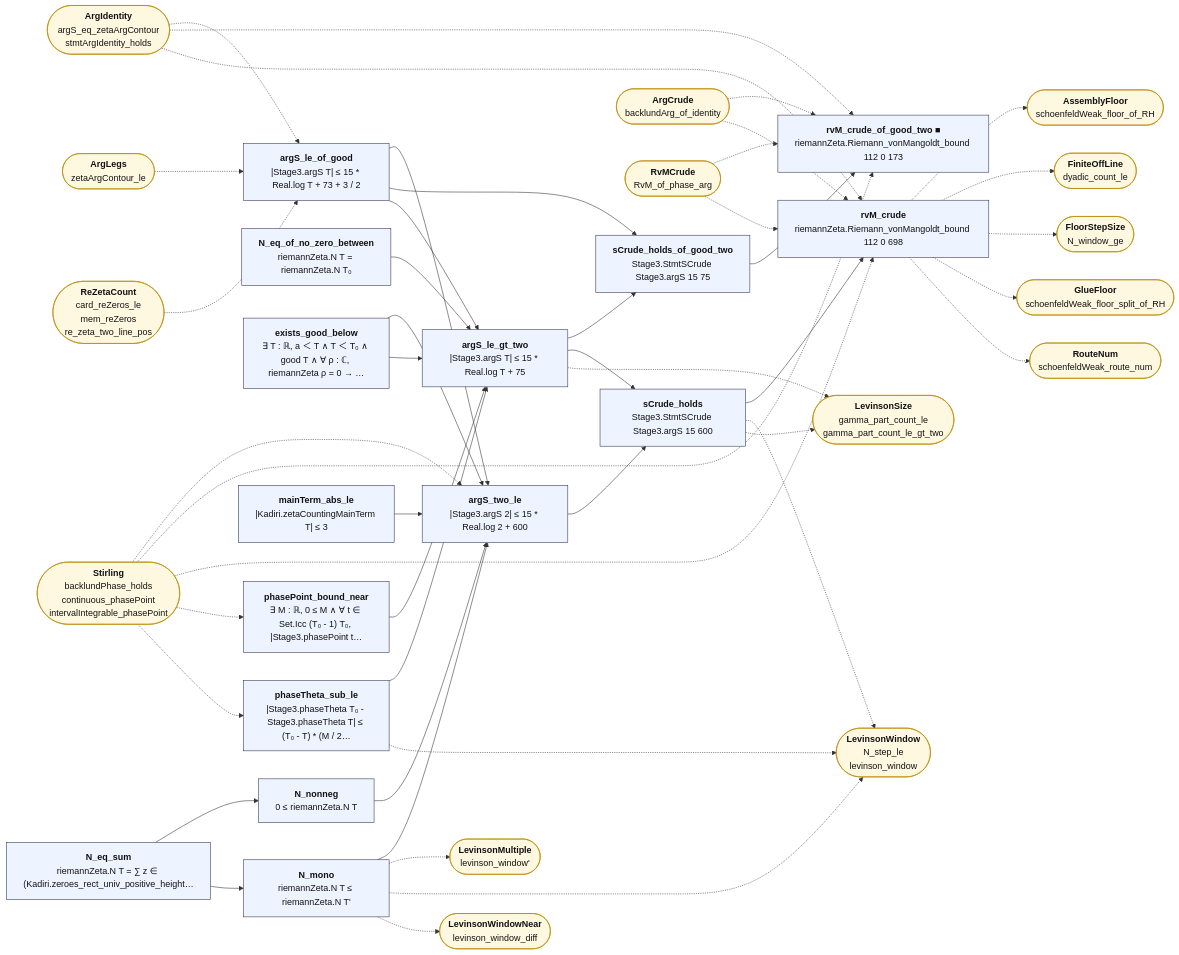
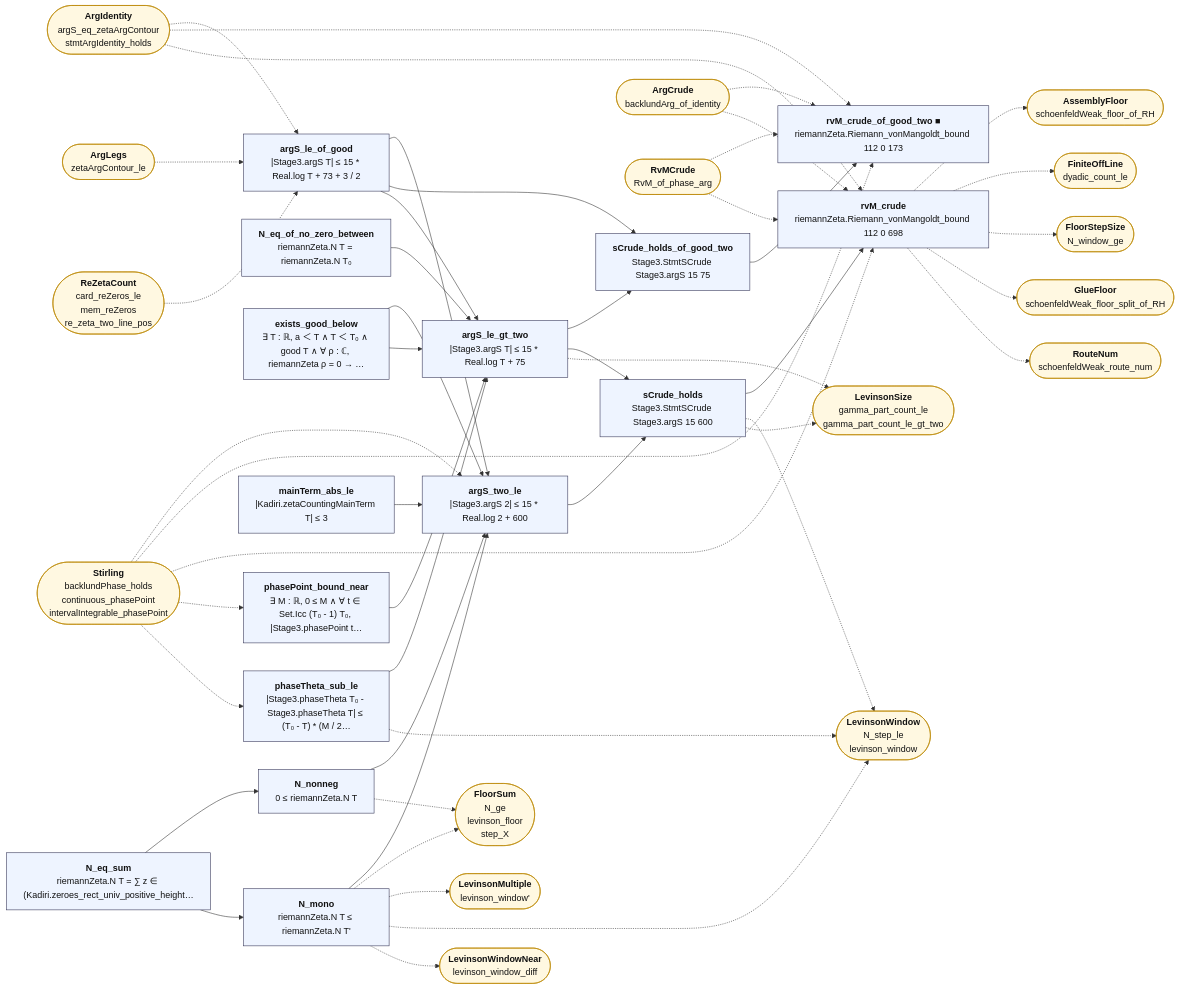
The diagram in map/lean_stage3/ArgCount.mmd (juliansambranojr/Primebeat_081426), drawn with Mermaid before and after one commit. The commit also changed 30 other files, not shown here.

```diff
--- a/map/lean_stage3/ArgCount.mmd
+++ b/map/lean_stage3/ArgCount.mmd
@@ -1,83 +1,86 @@
 flowchart LR
   n0["<b>argS_le_of_good</b><br/>|Stage3.argS T| ≤ 15 * Real.log T + 73 + 3 / 2"]:::thm
   n1["<b>N_eq_sum</b><br/>riemannZeta.N T = ∑ z ∈ (Kadiri.zeroes_rect_univ_positive_height…"]:::thm
   n2["<b>N_nonneg</b><br/>0 ≤ riemannZeta.N T"]:::thm
   n3["<b>N_mono</b><br/>riemannZeta.N T ≤ riemannZeta.N T'"]:::thm
   n4["<b>N_eq_of_no_zero_between</b><br/>riemannZeta.N T = riemannZeta.N T₀"]:::thm
   n5["<b>exists_good_below</b><br/>∃ T : ℝ, a ＜ T ∧ T ＜ T₀ ∧ good T ∧ ∀ ρ : ℂ, riemannZeta ρ = 0 → …"]:::thm
   n6["<b>phasePoint_bound_near</b><br/>∃ M : ℝ, 0 ≤ M ∧ ∀ t ∈ Set.Icc (T₀ - 1) T₀, |Stage3.phasePoint t…"]:::thm
   n7["<b>phaseTheta_sub_le</b><br/>|Stage3.phaseTheta T₀ - Stage3.phaseTheta T| ≤ (T₀ - T) * (M / 2…"]:::thm
   n8["<b>argS_le_gt_two</b><br/>|Stage3.argS T| ≤ 15 * Real.log T + 75"]:::thm
   n9["<b>mainTerm_abs_le</b><br/>|Kadiri.zetaCountingMainTerm T| ≤ 3"]:::thm
   n10["<b>argS_two_le</b><br/>|Stage3.argS 2| ≤ 15 * Real.log 2 + 600"]:::thm
   n11["<b>sCrude_holds_of_good_two</b><br/>Stage3.StmtSCrude Stage3.argS 15 75"]:::thm
   n12["<b>sCrude_holds</b><br/>Stage3.StmtSCrude Stage3.argS 15 600"]:::thm
   n13["<b>rvM_crude_of_good_two ■</b><br/>riemannZeta.Riemann_vonMangoldt_bound 112 0 173"]:::thm
   n14["<b>rvM_crude</b><br/>riemannZeta.Riemann_vonMangoldt_bound 112 0 698"]:::thm
   x0(["<b>ArgIdentity</b><br/>argS_eq_zetaArgContour<br/>stmtArgIdentity_holds"]):::ext
   x1(["<b>ArgLegs</b><br/>zetaArgContour_le"]):::ext
   x2(["<b>ReZetaCount</b><br/>card_reZeros_le<br/>mem_reZeros<br/>re_zeta_two_line_pos"]):::ext
-  x3(["<b>LevinsonMultiple</b><br/>levinson_window'"]):::ext
-  x4(["<b>LevinsonWindow</b><br/>N_step_le<br/>levinson_window"]):::ext
-  x5(["<b>LevinsonWindowNear</b><br/>levinson_window_diff"]):::ext
-  x6(["<b>Stirling</b><br/>backlundPhase_holds<br/>continuous_phasePoint<br/>intervalIntegrable_phasePoint"]):::ext
-  x7(["<b>LevinsonSize</b><br/>gamma_part_count_le<br/>gamma_part_count_le_gt_two"]):::ext
-  x8(["<b>ArgCrude</b><br/>backlundArg_of_identity"]):::ext
-  x9(["<b>RvMCrude</b><br/>RvM_of_phase_arg"]):::ext
-  x10(["<b>AssemblyFloor</b><br/>schoenfeldWeak_floor_of_RH"]):::ext
-  x11(["<b>FiniteOffLine</b><br/>dyadic_count_le"]):::ext
-  x12(["<b>FloorStepSize</b><br/>N_window_ge"]):::ext
-  x13(["<b>GlueFloor</b><br/>schoenfeldWeak_floor_split_of_RH"]):::ext
-  x14(["<b>RouteNum</b><br/>schoenfeldWeak_route_num"]):::ext
+  x3(["<b>FloorSum</b><br/>N_ge<br/>levinson_floor<br/>step_X"]):::ext
+  x4(["<b>LevinsonMultiple</b><br/>levinson_window'"]):::ext
+  x5(["<b>LevinsonWindow</b><br/>N_step_le<br/>levinson_window"]):::ext
+  x6(["<b>LevinsonWindowNear</b><br/>levinson_window_diff"]):::ext
+  x7(["<b>Stirling</b><br/>backlundPhase_holds<br/>continuous_phasePoint<br/>intervalIntegrable_phasePoint"]):::ext
+  x8(["<b>LevinsonSize</b><br/>gamma_part_count_le<br/>gamma_part_count_le_gt_two"]):::ext
+  x9(["<b>ArgCrude</b><br/>backlundArg_of_identity"]):::ext
+  x10(["<b>RvMCrude</b><br/>RvM_of_phase_arg"]):::ext
+  x11(["<b>AssemblyFloor</b><br/>schoenfeldWeak_floor_of_RH"]):::ext
+  x12(["<b>FiniteOffLine</b><br/>dyadic_count_le"]):::ext
+  x13(["<b>FloorStepSize</b><br/>N_window_ge"]):::ext
+  x14(["<b>GlueFloor</b><br/>schoenfeldWeak_floor_split_of_RH"]):::ext
+  x15(["<b>RouteNum</b><br/>schoenfeldWeak_route_num"]):::ext
   n0 --> n10
   n0 --> n11
   n0 --> n8
   n1 --> n2
   n1 --> n3
   n10 --> n12
   n11 --> n13
   n12 --> n14
   n2 --> n10
   n3 --> n10
   n4 --> n8
   n5 --> n10
   n5 --> n8
   n6 --> n8
   n7 --> n8
   n8 --> n11
   n8 --> n12
   n9 --> n10
-  n12 -.-> x4
-  n12 -.-> x7
-  n14 -.-> x10
+  n12 -.-> x5
+  n12 -.-> x8
   n14 -.-> x11
   n14 -.-> x12
   n14 -.-> x13
   n14 -.-> x14
+  n14 -.-> x15
+  n2 -.-> x3
   n3 -.-> x3
   n3 -.-> x4
   n3 -.-> x5
-  n7 -.-> x4
-  n8 -.-> x7
+  n3 -.-> x6
+  n7 -.-> x5
+  n8 -.-> x8
   x0 -.-> n0
   x0 -.-> n13
   x0 -.-> n14
   x1 -.-> n0
+  x10 -.-> n13
+  x10 -.-> n14
   x2 -.-> n0
-  x6 -.-> n10
-  x6 -.-> n13
-  x6 -.-> n14
-  x6 -.-> n6
-  x6 -.-> n7
-  x8 -.-> n13
-  x8 -.-> n14
+  x7 -.-> n10
+  x7 -.-> n13
+  x7 -.-> n14
+  x7 -.-> n6
+  x7 -.-> n7
   x9 -.-> n13
   x9 -.-> n14
   classDef cnt fill:#dff5ec,stroke:#17694a,color:#111
   classDef shp fill:#f1ecfb,stroke:#5b3fa0,color:#111
   classDef rh fill:#ffe5e5,stroke:#c22,color:#111,stroke-width:2px
   classDef thm fill:#eef4ff,stroke:#335,color:#111
   classDef end_ fill:#e7f7e7,stroke:#2a7,color:#111,stroke-width:2px
   classDef lone fill:#fff,stroke:#999,color:#111,stroke-dasharray:4 3
   classDef bad fill:#ffe5e5,stroke:#c22,color:#111,stroke-width:2px
   classDef ext fill:#fff8e1,stroke:#b80,color:#111
```
